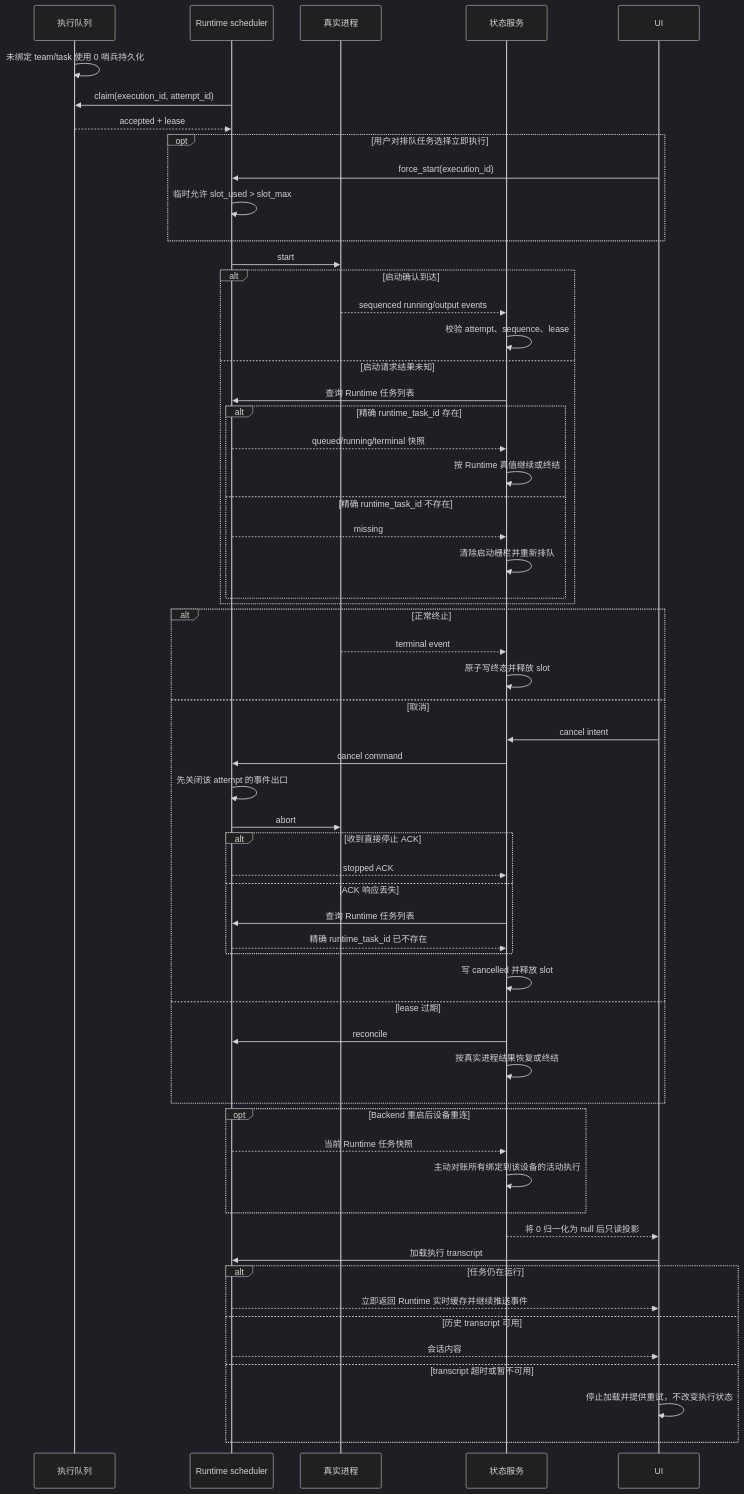
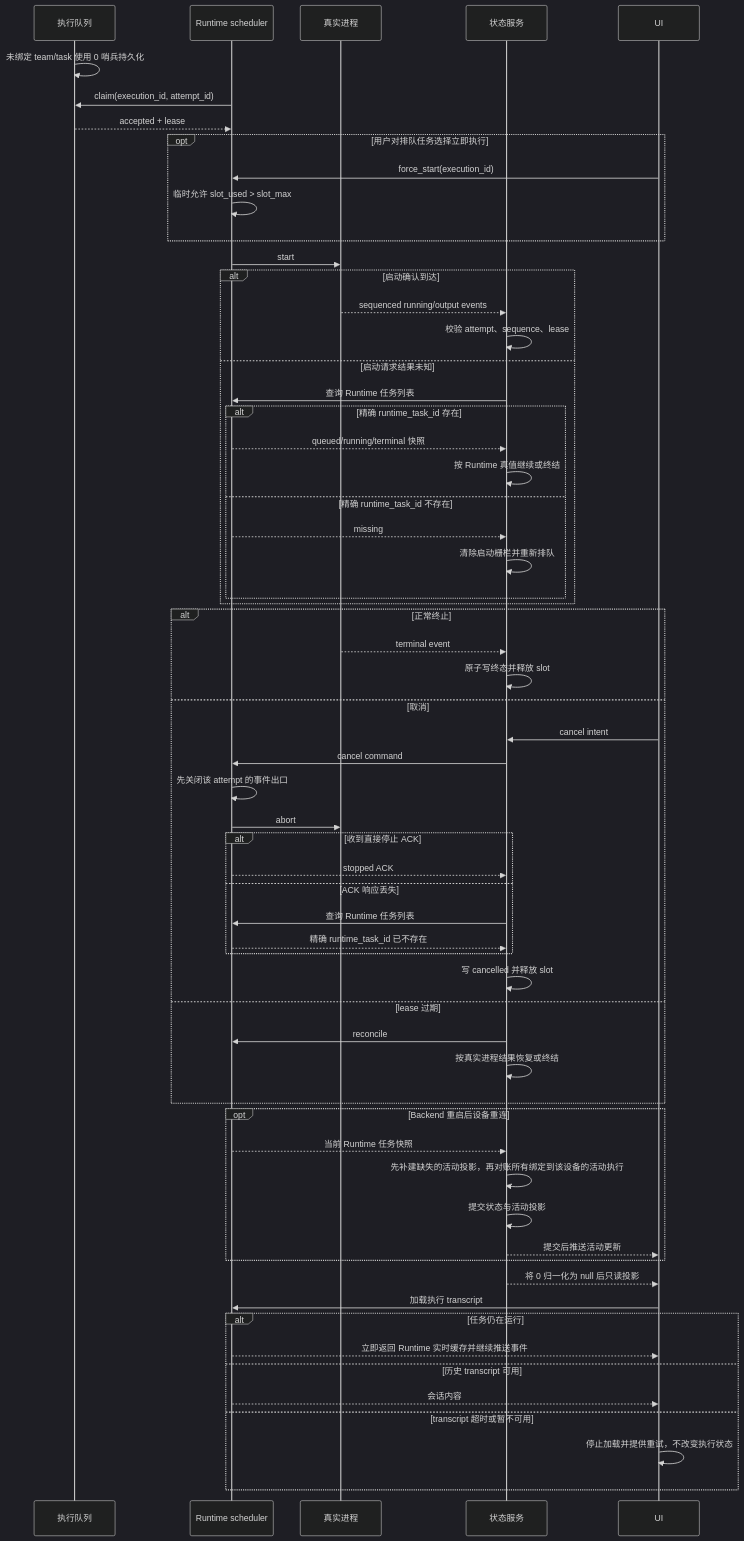
One commit to wecode-ai/Wegent changed the second of 2 diagrams in docs/zh/architecture/project-execution-state.md. Above: the diagram before and after it, drawn with Mermaid (dark theme). The commit also changed other lines of this file and 24 other files, not shown here.

````diff
--- a/docs/zh/architecture/project-execution-state.md
+++ b/docs/zh/architecture/project-execution-state.md
@@ -33,62 +33,64 @@
 ```mermaid
 sequenceDiagram
     participant Q as 执行队列
     participant R as Runtime scheduler
     participant P as 真实进程
     participant S as 状态服务
     participant U as UI
 
     Q->>Q: 未绑定 team/task 使用 0 哨兵持久化
     R->>Q: claim(execution_id, attempt_id)
     Q-->>R: accepted + lease
     opt 用户对排队任务选择立即执行
         U->>R: force_start(execution_id)
         R->>R: 临时允许 slot_used > slot_max
     end
     R->>P: start
     alt 启动确认到达
         P-->>S: sequenced running/output events
         S->>S: 校验 attempt、sequence、lease
     else 启动请求结果未知
         S->>R: 查询 Runtime 任务列表
         alt 精确 runtime_task_id 存在
             R-->>S: queued/running/terminal 快照
             S->>S: 按 Runtime 真值继续或终结
         else 精确 runtime_task_id 不存在
             R-->>S: missing
             S->>S: 清除启动栅栏并重新排队
         end
     end
     alt 正常终止
         P-->>S: terminal event
         S->>S: 原子写终态并释放 slot
     else 取消
         U->>S: cancel intent
         S->>R: cancel command
         R->>R: 先关闭该 attempt 的事件出口
         R->>P: abort
         alt 收到直接停止 ACK
             R-->>S: stopped ACK
         else ACK 响应丢失
             S->>R: 查询 Runtime 任务列表
             R-->>S: 精确 runtime_task_id 已不存在
         end
         S->>S: 写 cancelled 并释放 slot
     else lease 过期
         S->>R: reconcile
         S->>S: 按真实进程结果恢复或终结
     end
     opt Backend 重启后设备重连
         R-->>S: 当前 Runtime 任务快照
-        S->>S: 主动对账所有绑定到该设备的活动执行
+        S->>S: 先补建缺失的活动投影，再对账所有绑定到该设备的活动执行
+        S->>S: 提交状态与活动投影
+        S-->>U: 提交后推送活动更新
     end
     S-->>U: 将 0 归一化为 null 后只读投影
     U->>R: 加载执行 transcript
     alt 任务仍在运行
         R-->>U: 立即返回 Runtime 实时缓存并继续推送事件
     else 历史 transcript 可用
         R-->>U: 会话内容
     else transcript 超时或暂不可用
         U->>U: 停止加载并提供重试，不改变执行状态
     end
 ```
````
